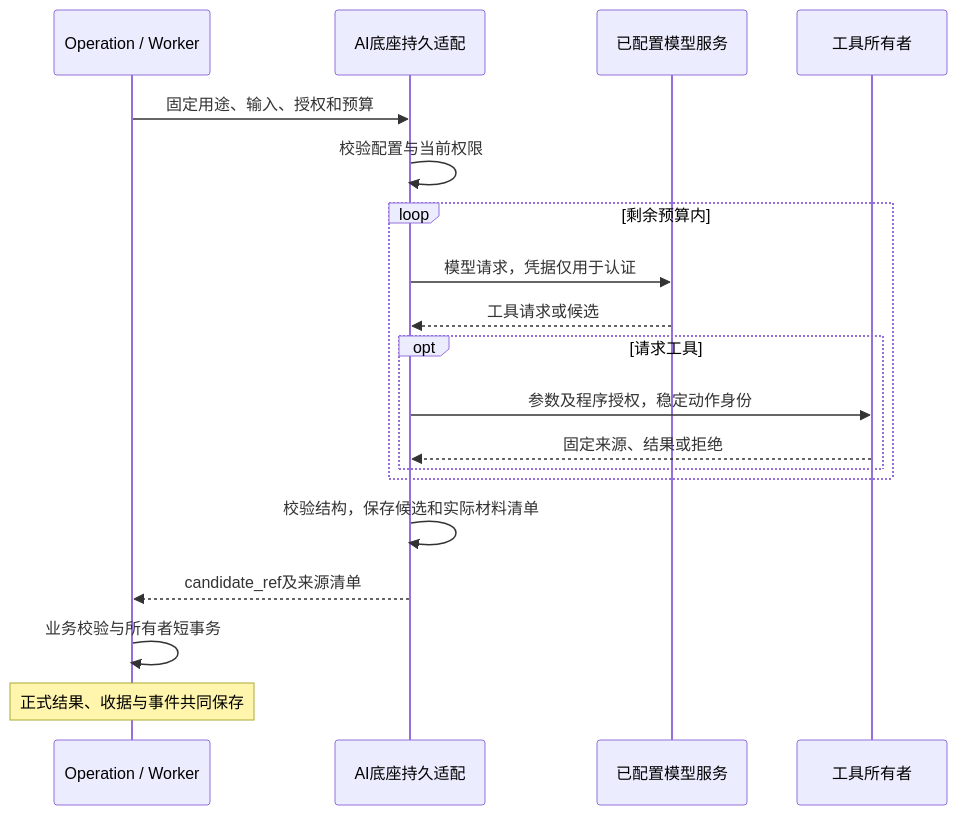
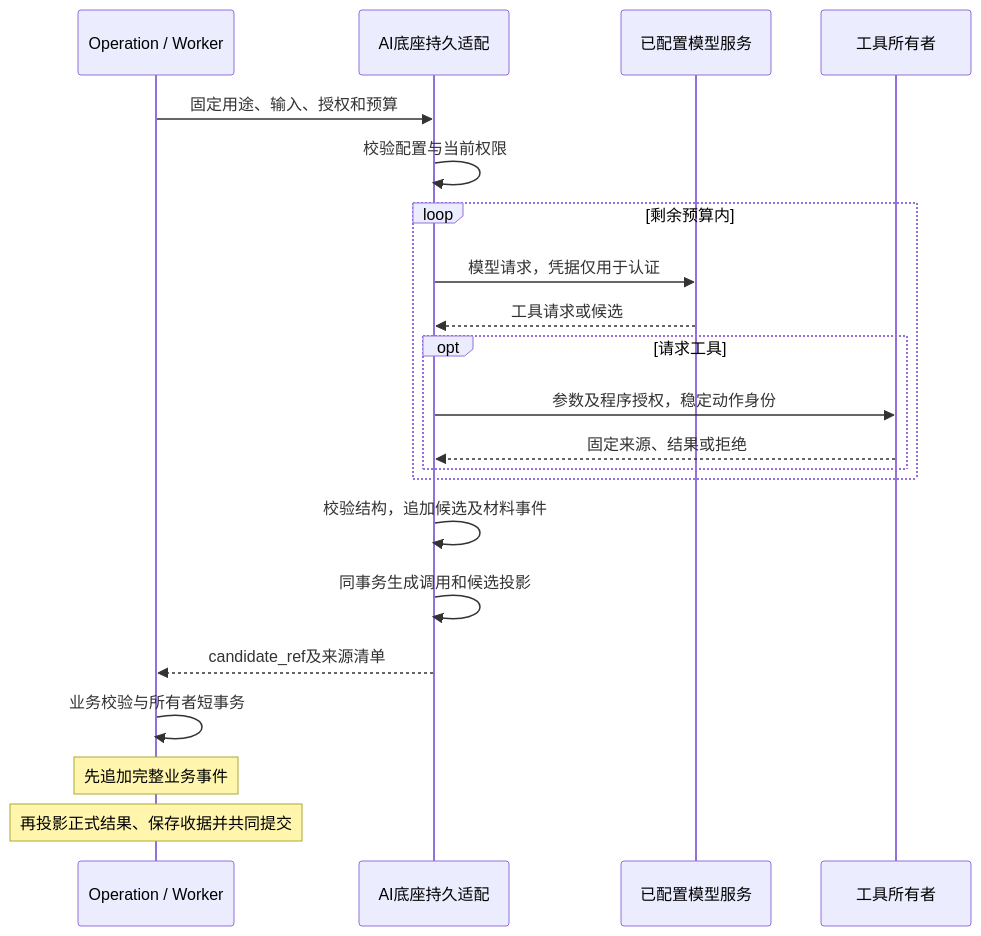
Before and after one commit to ivgotcrazy/deermind: the diagram in doc/mvp/m1/engineering/AI_Foundation_Design.md, drawn with Mermaid. The commit also changed other lines of this file and 33 other files, not shown here.

````diff
--- a/doc/mvp/m1/engineering/AI_Foundation_Design.md
+++ b/doc/mvp/m1/engineering/AI_Foundation_Design.md
@@ -355,21 +357,23 @@
 ```mermaid
 sequenceDiagram
     participant O as Operation / Worker
     participant A as AI底座持久适配
     participant M as 已配置模型服务
     participant T as 工具所有者
     O->>A: 固定用途、输入、授权和预算
     A->>A: 校验配置与当前权限
     loop 剩余预算内
         A->>M: 模型请求，凭据仅用于认证
         M-->>A: 工具请求或候选
         opt 请求工具
             A->>T: 参数及程序授权，稳定动作身份
             T-->>A: 固定来源、结果或拒绝
         end
     end
-    A->>A: 校验结构，保存候选和实际材料清单
+    A->>A: 校验结构，追加候选及材料事件
+    A->>A: 同事务生成调用和候选投影
     A-->>O: candidate_ref及来源清单
     O->>O: 业务校验与所有者短事务
-    Note over O: 正式结果、收据与事件共同保存
+    Note over O: 先追加完整业务事件
+    Note over O: 再投影正式结果、保存收据并共同提交
 ```
````
